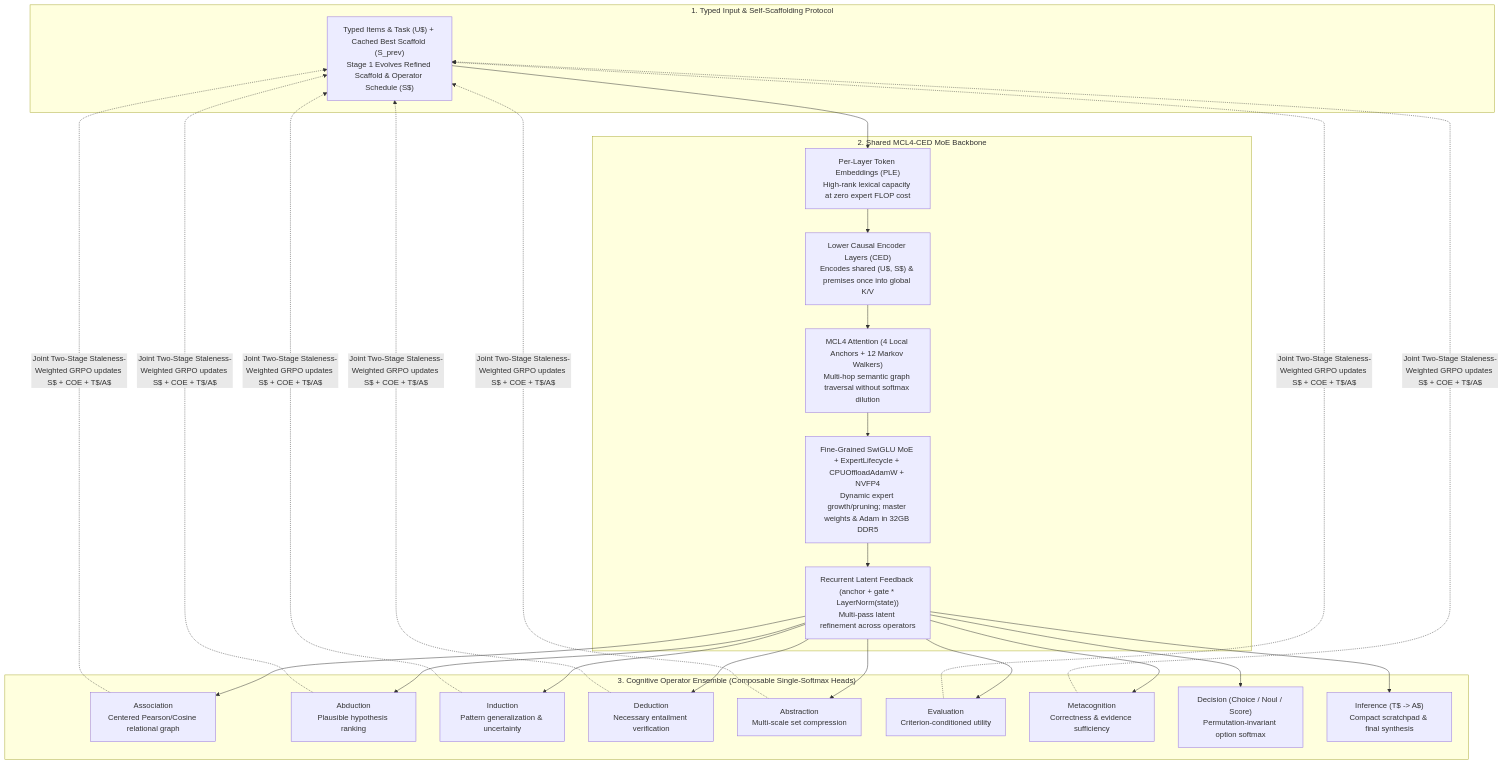
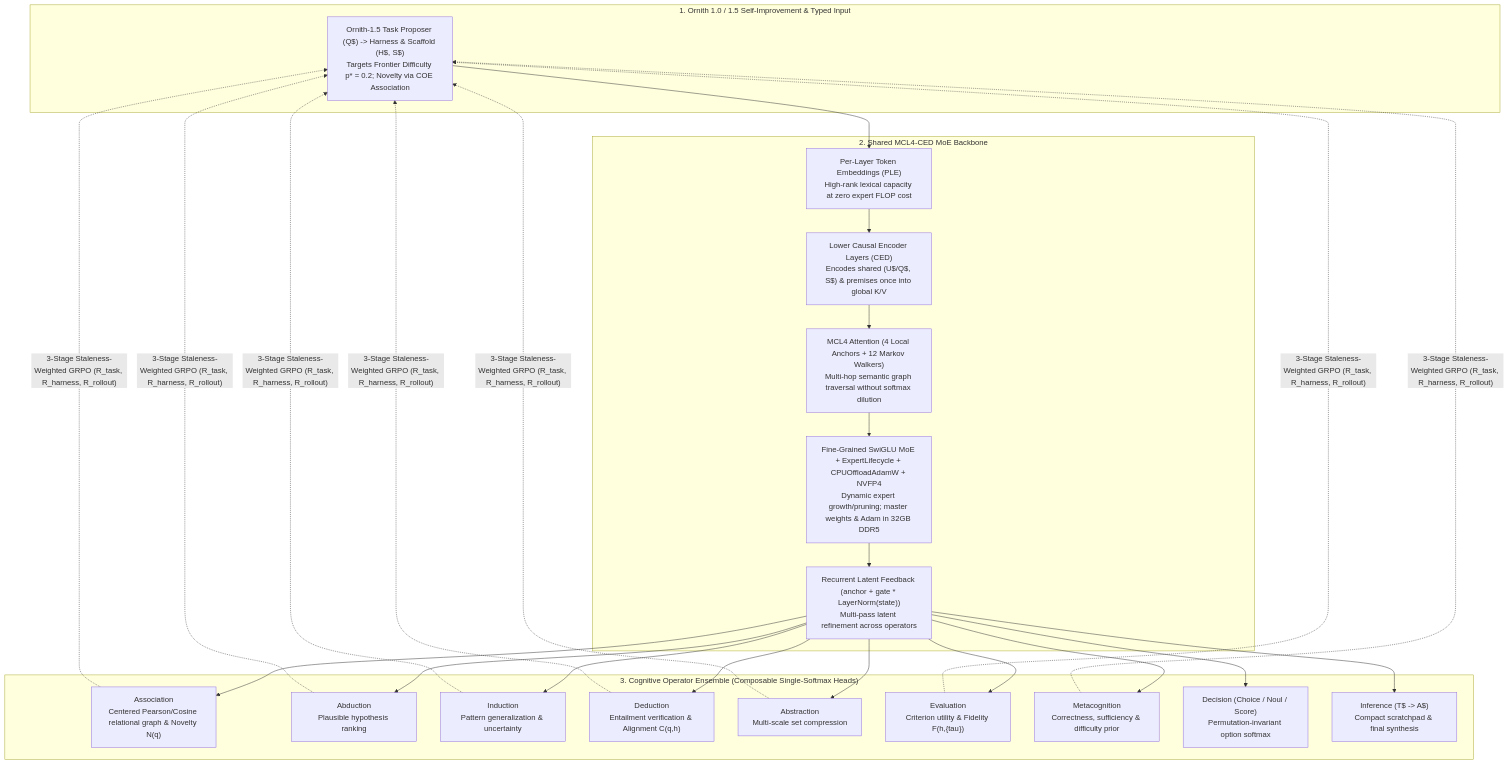
One commit to mESmaC/MCL4-COE changed the diagram in README.md. Above: the diagram before and after it, drawn with Mermaid. The commit also changed other lines of this file and 1 other file, not shown here.

Commit message:
Add Ornith-1.5 3-stage self-improvement (R_task = V*D*N at p*=0.2, R_harness = C*F*H, R_rollout) mapped to COE operators

````diff
--- a/README.md
+++ b/README.md
@@ -18,31 +18,31 @@
 ```mermaid
 flowchart TD
-    subgraph Input["1. Typed Input & Self-Scaffolding Protocol"]
-        U["Typed Items & Task (U$) + Cached Best Scaffold (S_prev)<br/>Stage 1 Evolves Refined Scaffold & Operator Schedule (S$)"]
+    subgraph Input["1. Ornith 1.0 / 1.5 Self-Improvement & Typed Input"]
+        U["Ornith-1.5 Task Proposer (Q$) -> Harness & Scaffold (H$, S$)<br/>Targets Frontier Difficulty p* = 0.2; Novelty via COE Association"]
     end
 
     subgraph Backbone["2. Shared MCL4-CED MoE Backbone"]
         PLE["Per-Layer Token Embeddings (PLE)<br/>High-rank lexical capacity at zero expert FLOP cost"]
-        ENC["Lower Causal Encoder Layers (CED)<br/>Encodes shared (U$, S$) & premises once into global K/V"]
+        ENC["Lower Causal Encoder Layers (CED)<br/>Encodes shared (U$/Q$, S$) & premises once into global K/V"]
         MCL4["MCL4 Attention (4 Local Anchors + 12 Markov Walkers)<br/>Multi-hop semantic graph traversal without softmax dilution"]
         MOE["Fine-Grained SwiGLU MoE + ExpertLifecycle + CPUOffloadAdamW + NVFP4<br/>Dynamic expert growth/pruning; master weights & Adam in 32GB DDR5"]
         REC["Recurrent Latent Feedback (anchor + gate * LayerNorm(state))<br/>Multi-pass latent refinement across operators"]
         PLE --> ENC --> MCL4 --> MOE --> REC
     end
 
     subgraph COE["3. Cognitive Operator Ensemble (Composable Single-Softmax Heads)"]
-        ASSOC["Association<br/>Centered Pearson/Cosine relational graph"]
+        ASSOC["Association<br/>Centered Pearson/Cosine relational graph & Novelty N(q)"]
         ABD["Abduction<br/>Plausible hypothesis ranking"]
         IND["Induction<br/>Pattern generalization & uncertainty"]
-        DED["Deduction<br/>Necessary entailment verification"]
+        DED["Deduction<br/>Entailment verification & Alignment C(q,h)"]
         ABS["Abstraction<br/>Multi-scale set compression"]
-        EVAL["Evaluation<br/>Criterion-conditioned utility"]
-        META["Metacognition<br/>Correctness & evidence sufficiency"]
+        EVAL["Evaluation<br/>Criterion utility & Fidelity F(h,{tau})"]
+        META["Metacognition<br/>Correctness, sufficiency & difficulty prior"]
         DEC["Decision (Choice / Noul / Score)<br/>Permutation-invariant option softmax"]
         INF["Inference (T$ -> A$)<br/>Compact scratchpad & final synthesis"]
     end
 
     U --> PLE
     REC --> ASSOC & ABD & IND & DED & ABS & EVAL & META & DEC & INF
-    ASSOC & ABD & IND & DED & ABS & EVAL & META -. "Joint Two-Stage Staleness-Weighted GRPO updates S$ + COE + T$/A$" .-> U
+    ASSOC & ABD & IND & DED & ABS & EVAL & META -. "3-Stage Staleness-Weighted GRPO (R_task, R_harness, R_rollout)" .-> U
 ```
````
